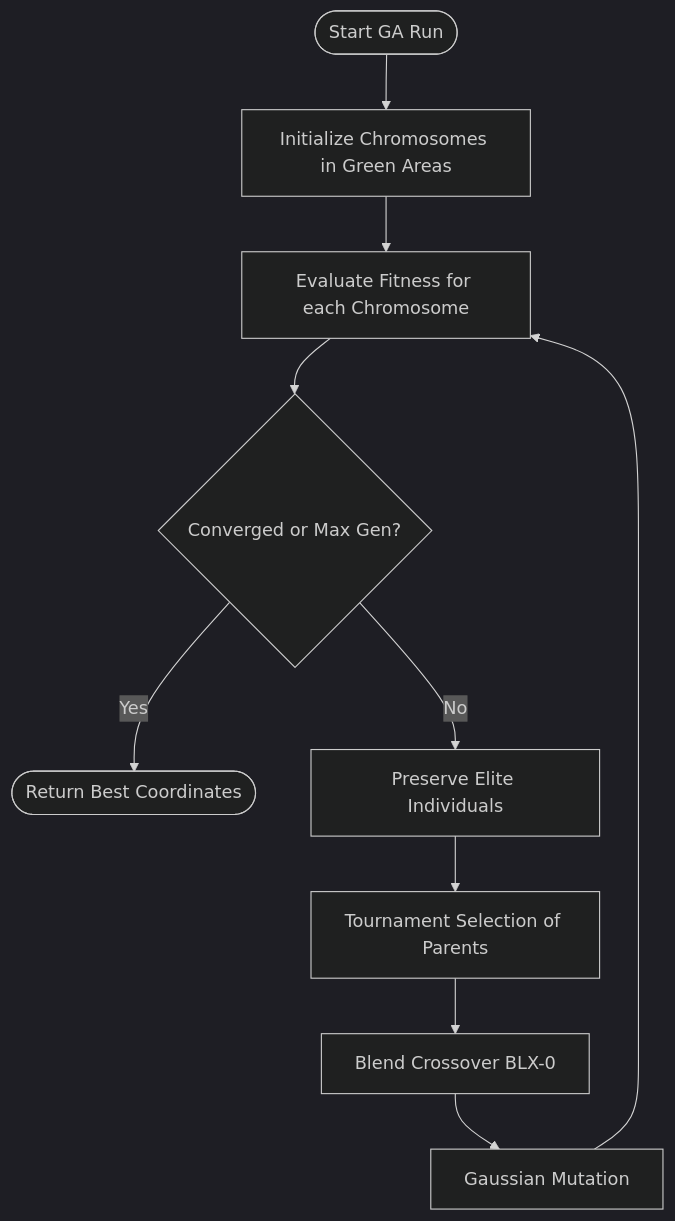
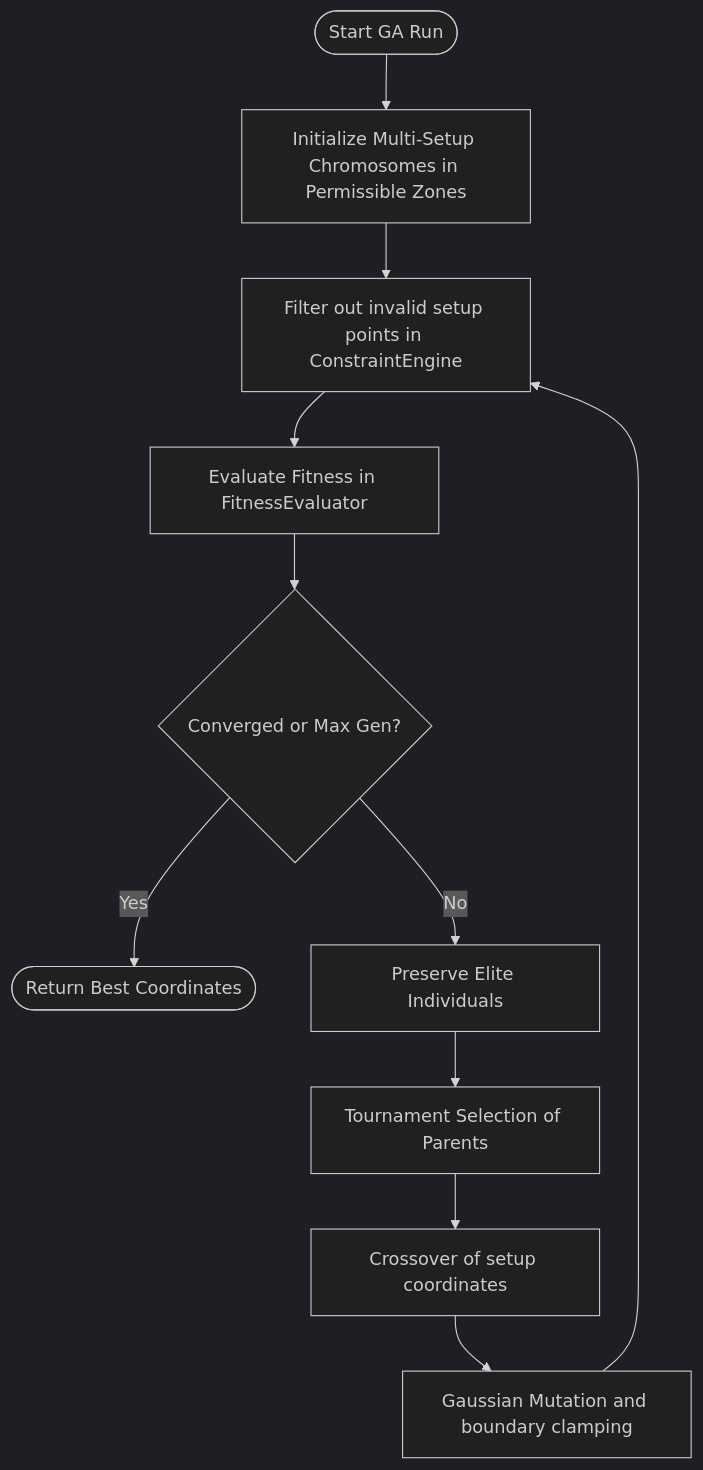
Before and after one commit to ITI-intake46/CranePathOptimizer: the diagram in docs/architecture/engines.md, drawn with Mermaid (dark theme). The commit also changed other lines of this file and 23 other files, not shown here.

First line of the commit message:
docs: add comprehensive architectural and technical debt review

````diff
--- a/docs/architecture/engines.md
+++ b/docs/architecture/engines.md
@@ -13,12 +13,13 @@
 ```mermaid
 graph TD
-    Start([Start GA Run]) --> Init[Initialize Chromosomes in Green Areas]
-    Init --> Eval[Evaluate Fitness for each Chromosome]
+    Start([Start GA Run]) --> Init[Initialize Multi-Setup Chromosomes in Permissible Zones]
+    Init --> Filter[Filter out invalid setup points in ConstraintEngine]
+    Filter --> Eval[Evaluate Fitness in FitnessEvaluator]
     Eval --> CheckConv{Converged or Max Gen?}
     CheckConv -- Yes --> End([Return Best Coordinates])
     CheckConv -- No --> Elite[Preserve Elite Individuals]
     Elite --> Selection[Tournament Selection of Parents]
-    Selection --> Crossover[Blend Crossover BLX-0]
-    Crossover --> Mutation[Gaussian Mutation]
-    Mutation --> Eval
+    Selection --> Crossover[Crossover of setup coordinates]
+    Crossover --> Mutation[Gaussian Mutation and boundary clamping]
+    Mutation --> Filter
 ```
````
